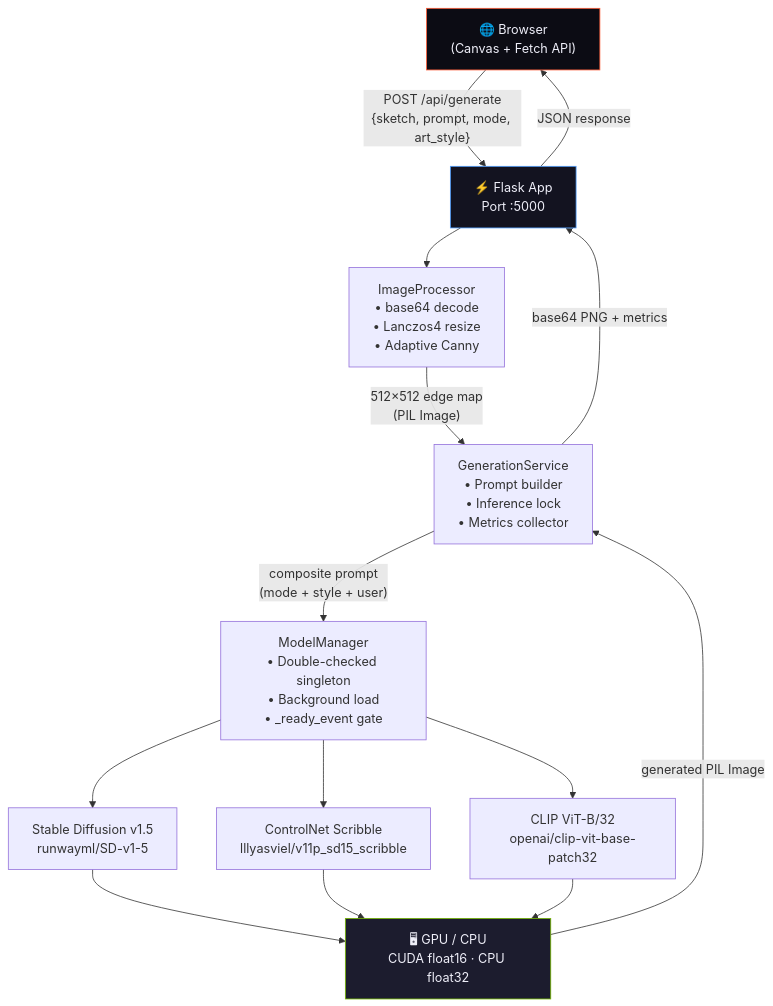
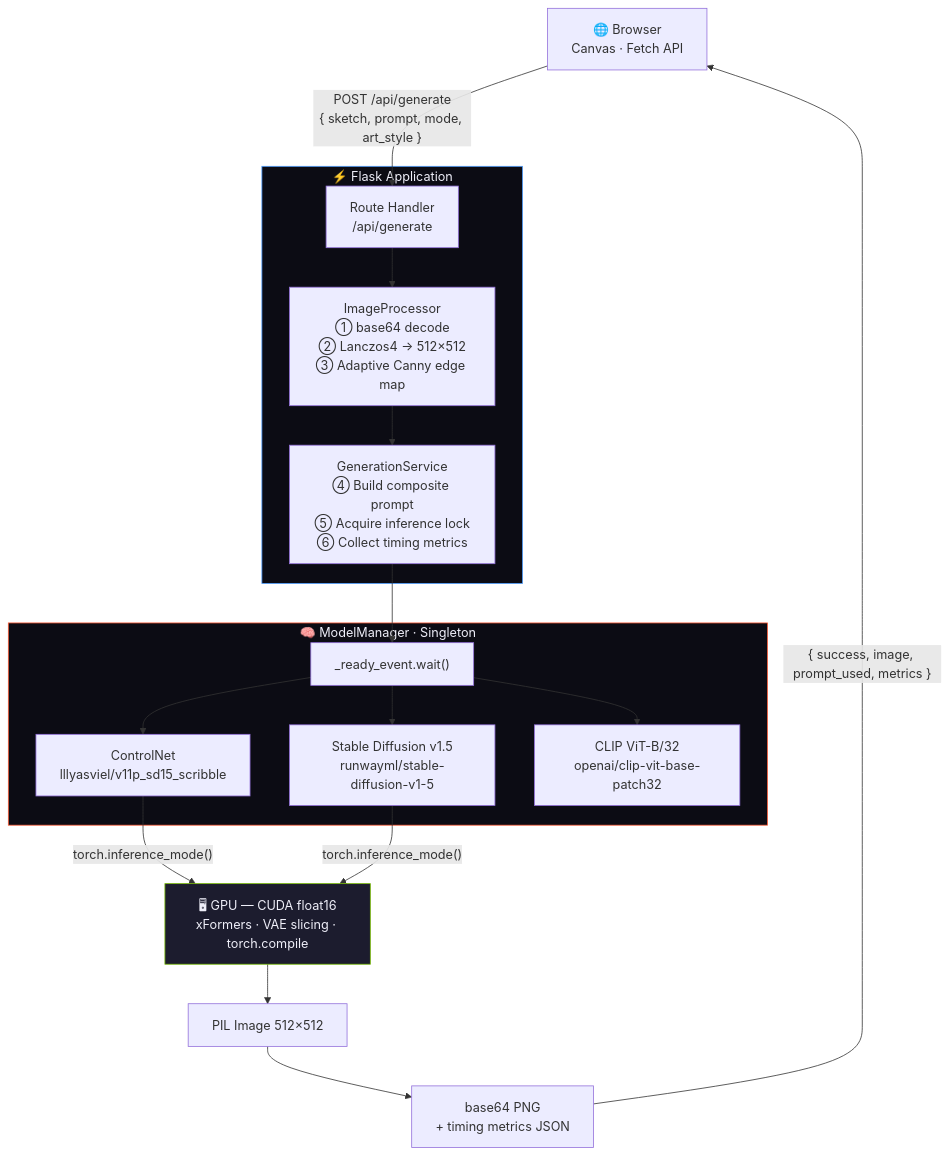
One commit to sridhar242004/AIdrawtoimage.AI changed the diagram in README.md. Above: the diagram before and after it, drawn with Mermaid. The commit also changed other lines of this file, not shown here.

````diff
--- a/README.md
+++ b/README.md
@@ -103,30 +245,26 @@
 ```mermaid
 flowchart TD
-    Browser["🌐 Browser\n(Canvas + Fetch API)"]
-    Flask["⚡ Flask App\nPort :5000"]
-    IP["ImageProcessor\n• base64 decode\n• Lanczos4 resize\n• Adaptive Canny"]
-    GS["GenerationService\n• Prompt builder\n• Inference lock\n• Metrics collector"]
-    MM["ModelManager\n• Double-checked singleton\n• Background load\n• _ready_event gate"]
-    SD["Stable Diffusion v1.5\nrunwayml/SD-v1-5"]
-    CN["ControlNet Scribble\nlllyasviel/v11p_sd15_scribble"]
-    CLIP["CLIP ViT-B/32\nopenai/clip-vit-base-patch32"]
-    GPU["🖥 GPU / CPU\nCUDA float16 · CPU float32"]
+    A["🌐 Browser\nCanvas · Fetch API"] -->|"POST /api/generate\n{ sketch, prompt, mode, art_style }"| B
 
-    Browser -->|"POST /api/generate\n{sketch, prompt, mode, art_style}"| Flask
-    Flask --> IP
-    IP -->|"512×512 edge map\n(PIL Image)"| GS
-    GS -->|"composite prompt\n(mode + style + user)"| MM
-    MM --> SD
-    MM --> CN
-    MM --> CLIP
-    SD --> GPU
-    CN --> GPU
-    CLIP --> GPU
-    GPU -->|"generated PIL Image"| GS
-    GS -->|"base64 PNG + metrics"| Flask
-    Flask -->|"JSON response"| Browser
+    subgraph Flask ["⚡ Flask Application"]
+        B["Route Handler\n/api/generate"] --> C["ImageProcessor\n① base64 decode\n② Lanczos4 → 512×512\n③ Adaptive Canny edge map"]
+        C --> D["GenerationService\n④ Build composite prompt\n⑤ Acquire inference lock\n⑥ Collect timing metrics"]
+    end
 
-    style Browser fill:#0C0C14,stroke:#FF5B35,color:#EEEEF8
-    style Flask fill:#131320,stroke:#4F9EFF,color:#EEEEF8
-    style GPU fill:#1C1C2E,stroke:#76B900,color:#EEEEF8
+    D --> E
+
+    subgraph Models ["🧠 ModelManager · Singleton"]
+        E["_ready_event.wait()"] --> F["ControlNet\nlllyasviel/v11p_sd15_scribble"]
+        E --> G["Stable Diffusion v1.5\nrunwayml/stable-diffusion-v1-5"]
+        E --> H["CLIP ViT-B/32\nopenai/clip-vit-base-patch32"]
+    end
+
+    F & G -->|"torch.inference_mode()"| I["🖥 GPU — CUDA float16\nxFormers · VAE slicing · torch.compile"]
+    I --> J["PIL Image 512×512"]
+    J --> K["base64 PNG\n+ timing metrics JSON"]
+    K -->|"{ success, image, prompt_used, metrics }"| A
+
+    style Flask fill:#0C0C14,stroke:#4F9EFF,color:#EEEEF8
+    style Models fill:#0C0C14,stroke:#FF5B35,color:#EEEEF8
+    style I fill:#1C1C2E,stroke:#76B900,color:#EEEEF8
 ```
````
